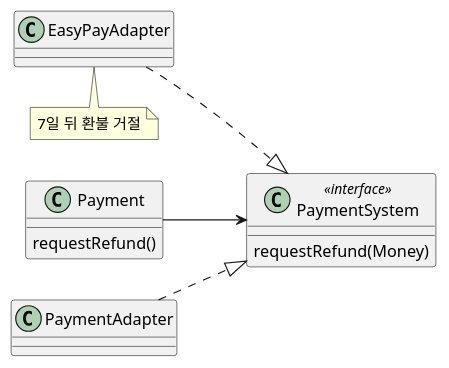
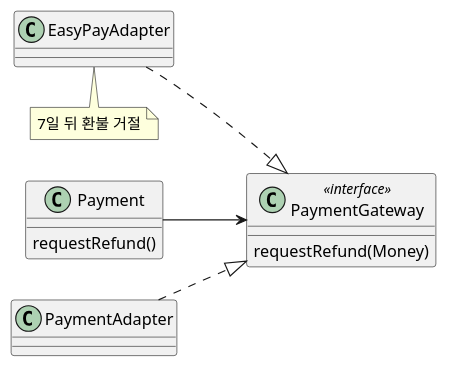
Before and after one commit to YoungSan77/TrainingMaterials: the sixth of 13 diagrams in courses/ooad/sessions/s07.md, drawn with PlantUML. The commit also changed other lines of this file and 154 other files, not shown here.

````diff
--- a/courses/ooad/sessions/s07.md
+++ b/courses/ooad/sessions/s07.md
@@ -592,19 +618,19 @@
 ```plantuml:class
 @startuml
 left to right direction
 class "Payment" as P {
   requestRefund()
 }
-class "PaymentSystem" as PS <<interface>> {
+class "PaymentGateway" as PS <<interface>> {
   requestRefund(Money)
 }
 class "PaymentAdapter" as PA
 class "EasyPayAdapter" as EA
 P --> PS
 PA ..|> PS
 EA ..|> PS
 note bottom of EA
   7일 뒤 환불 거절
 end note
 @enduml
 ```
````
